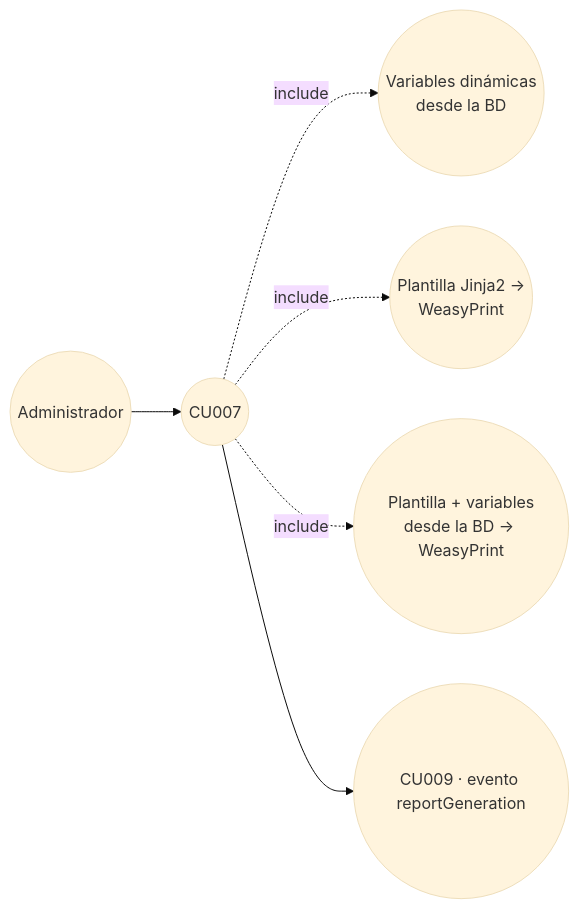
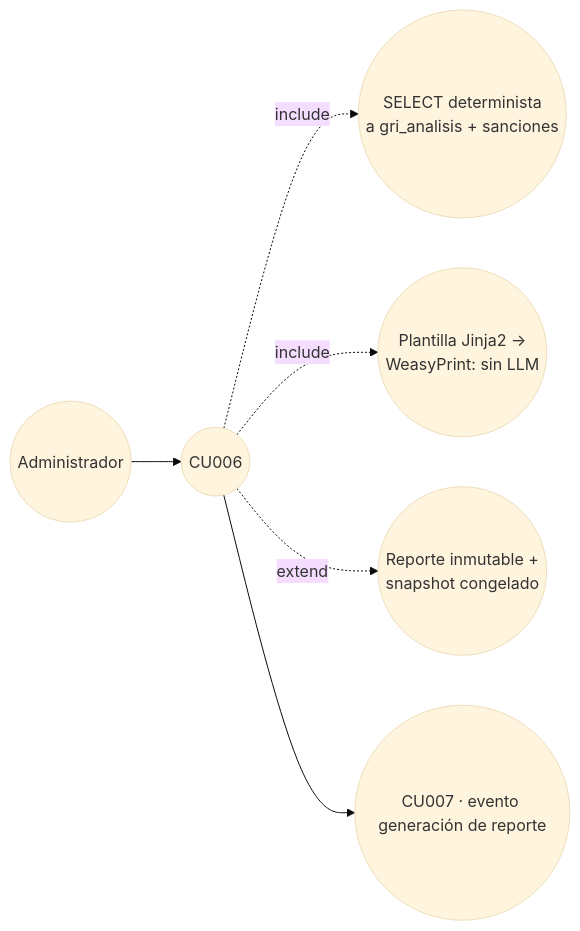
Before and after one commit to lFunkwnon01/igualab_md: the seventh of 8 diagrams in FASE 1/01-Analisis-y-Diseno/07-Casos-de-Uso-Diagrama.md, drawn with Mermaid (base theme). The commit also changed other lines of this file and 124 other files, not shown here.

````diff
--- a/FASE 1/01-Analisis-y-Diseno/07-Casos-de-Uso-Diagrama.md
+++ b/FASE 1/01-Analisis-y-Diseno/07-Casos-de-Uso-Diagrama.md
@@ -130,8 +114,8 @@
 ```mermaid
 flowchart LR
-  AD(("Administrador")) --> CU007((CU007))
-  CU007 -.->|include| BDV((Variables dinámicas<br/>desde la BD))
-  CU007 -.->|include| PLANT((Plantilla Jinja2 →<br/>WeasyPrint))
-  CU007 -.->|include| TEMPL((Plantilla + variables<br/>desde la BD → WeasyPrint))
-  CU007 --> AUD((CU009 · evento reportGeneration))
+  AD(("Administrador")) --> CU006((CU006))
+  CU006 -.->|include| SEL((SELECT determinista<br/>a gri_analisis + sanciones))
+  CU006 -.->|include| PLANT((Plantilla Jinja2 →<br/>WeasyPrint: sin LLM))
+  CU006 -.->|extend| REG((Reporte inmutable +<br/>snapshot congelado))
+  CU006 --> AUD((CU007 · evento generación de reporte))
 ```
````
